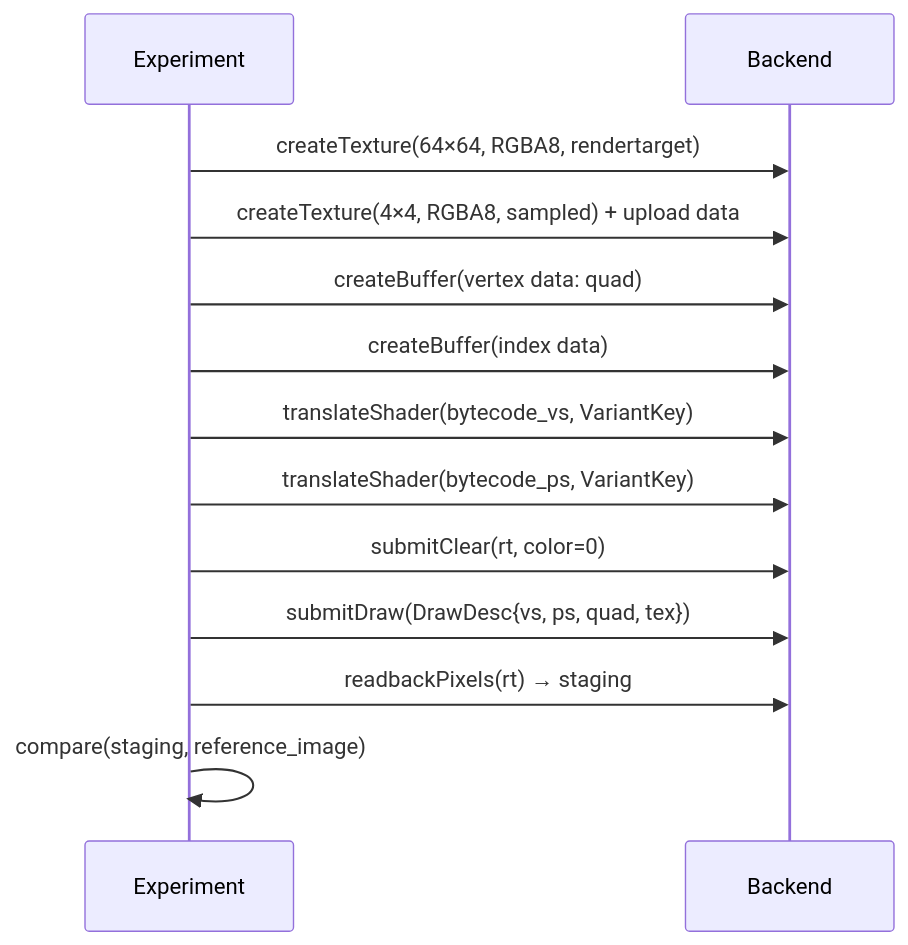
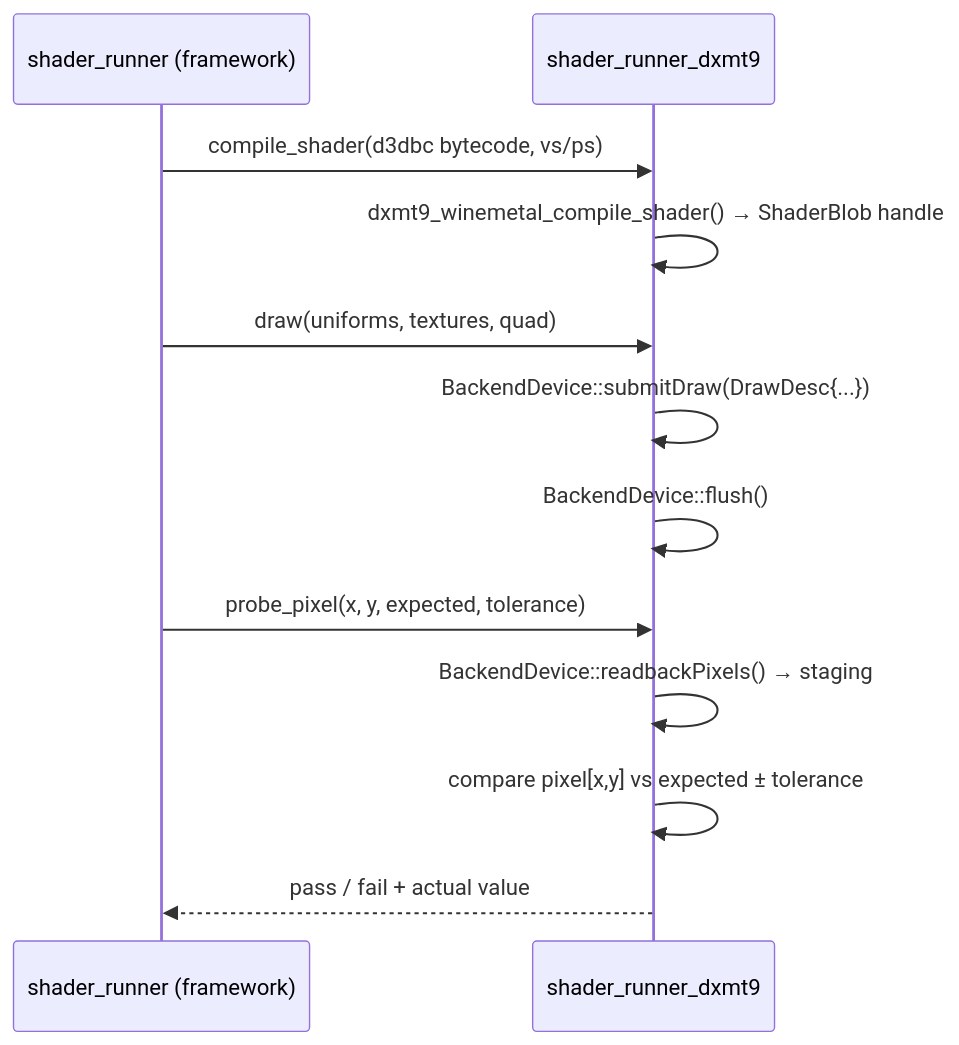
One commit to dfdgsdfg/dxmt9 changed the second of 2 diagrams in specs/experiments/design.md. Above: the diagram before and after it, drawn with Mermaid. The commit also changed other lines of this file and 4 other files, not shown here.

Commit message:
Implement D3DBC control flow and missing ops

````diff
--- a/specs/experiments/design.md
+++ b/specs/experiments/design.md
@@ -67,17 +126,17 @@
 ```mermaid
 sequenceDiagram
-    participant E as Experiment
-    participant B as Backend
+    participant R as shader_runner (framework)
+    participant B as shader_runner_dxmt9
 
-    E->>B: createTexture(64×64, RGBA8, rendertarget)
-    E->>B: createTexture(4×4, RGBA8, sampled) + upload data
-    E->>B: createBuffer(vertex data: quad)
-    E->>B: createBuffer(index data)
-    E->>B: translateShader(bytecode_vs, VariantKey)
-    E->>B: translateShader(bytecode_ps, VariantKey)
-    E->>B: submitClear(rt, color=0)
-    E->>B: submitDraw(DrawDesc{vs, ps, quad, tex})
-    E->>B: readbackPixels(rt) → staging
+    R->>B: compile_shader(d3dbc bytecode, vs/ps)
+    B->>B: dxmt9_winemetal_compile_shader() → ShaderBlob handle
 
-    E->>E: compare(staging, reference_image)
+    R->>B: draw(uniforms, textures, quad)
+    B->>B: BackendDevice::submitDraw(DrawDesc{...})
+    B->>B: BackendDevice::flush()
+
+    R->>B: probe_pixel(x, y, expected, tolerance)
+    B->>B: BackendDevice::readbackPixels() → staging
+    B->>B: compare pixel[x,y] vs expected ± tolerance
+    B-->>R: pass / fail + actual value
 ```
````
